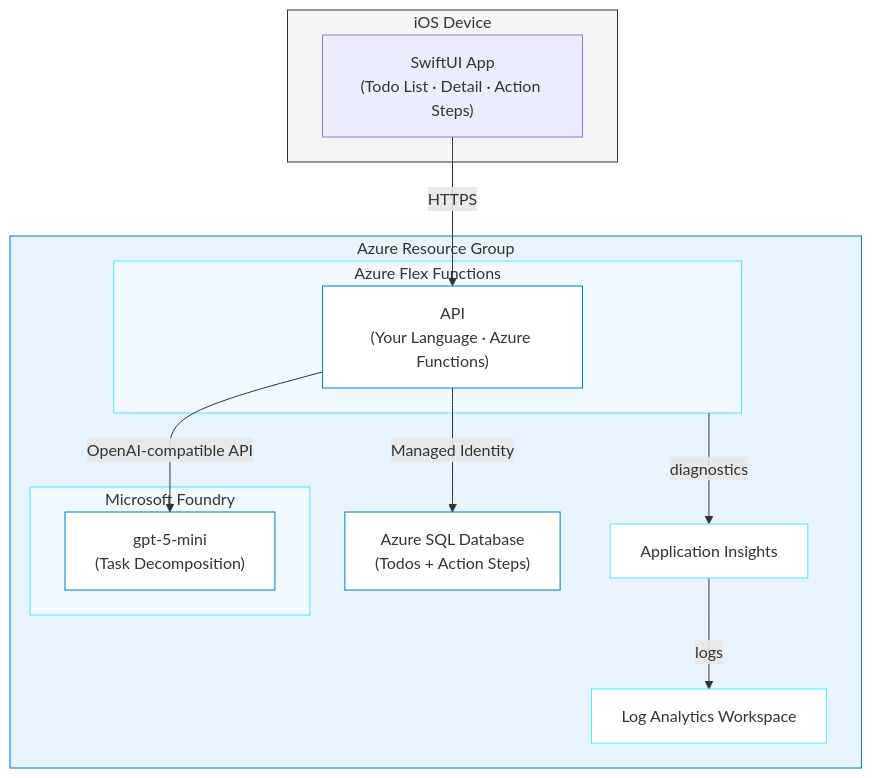
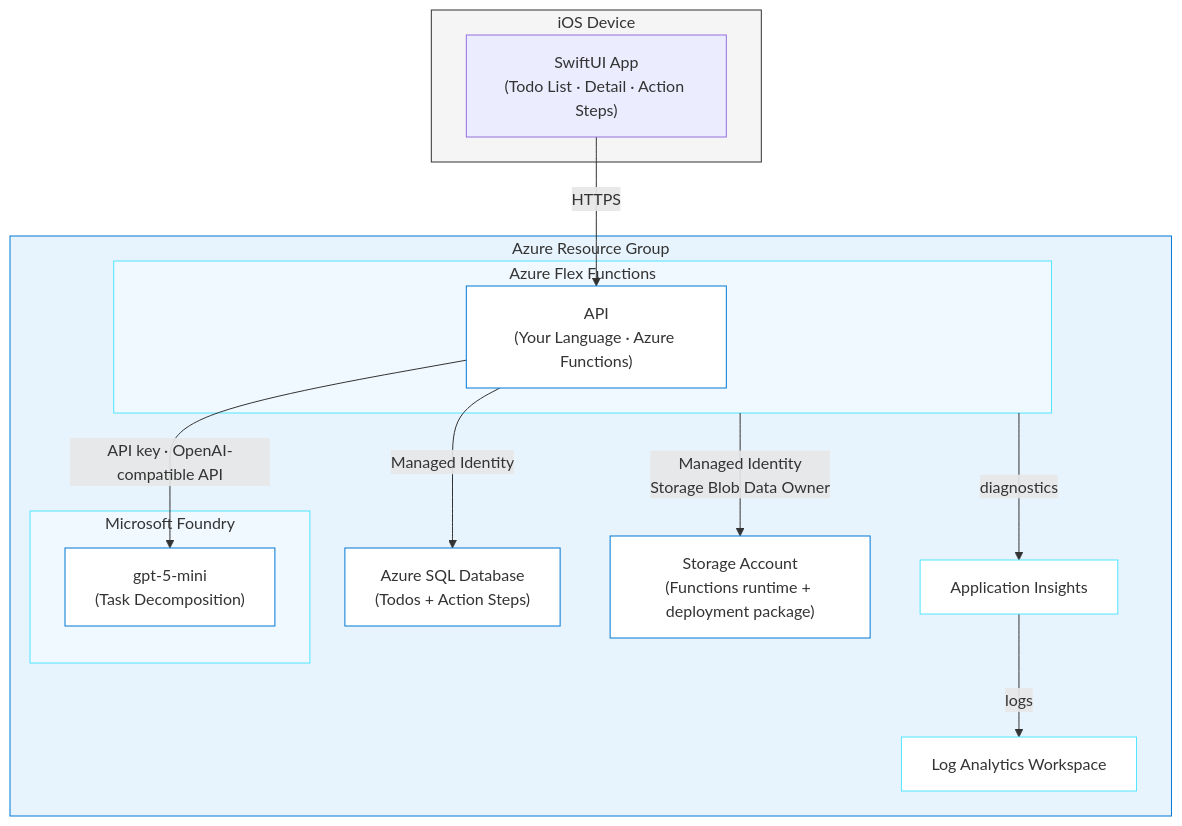
One commit to DanWahlin/github-azure-agentic-journeys changed the diagram in journeys/smart-todo/README.md. Above: the diagram before and after it, drawn with Mermaid. The commit also changed other lines of this file and 21 other files, not shown here.

````diff
--- a/journeys/smart-todo/README.md
+++ b/journeys/smart-todo/README.md
@@ -83,38 +83,42 @@
 ```mermaid
 graph TB
     subgraph Client["iOS Device"]
         APP["SwiftUI App<br/>(Todo List · Detail · Action Steps)"]
     end
 
     subgraph RG["Azure Resource Group"]
         LA["Log Analytics Workspace"]
 
         subgraph Functions["Azure Flex Functions"]
             API["API<br/>(Your Language · Azure Functions)"]
         end
 
         SQL["Azure SQL Database<br/>(Todos + Action Steps)"]
 
         subgraph Foundry["Microsoft Foundry"]
             GPT["gpt-5-mini<br/>(Task Decomposition)"]
         end
 
+        STOR["Storage Account<br/>(Functions runtime + deployment package)"]
+
         AI["Application Insights"]
     end
 
     APP -->|HTTPS| API
     API -->|Managed Identity| SQL
-    API -->|OpenAI-compatible API| GPT
+    API -->|API key · OpenAI-compatible API| GPT
+    Functions -->|Managed Identity<br/>Storage Blob Data Owner| STOR
     Functions -->|diagnostics| AI
     AI -->|logs| LA
 
     style Client fill:#f5f5f5,stroke:#333
     style RG fill:#e8f4fd,stroke:#0078D4
     style Functions fill:#f0f9ff,stroke:#50e6ff
     style API fill:#fff,stroke:#0078D4
     style SQL fill:#fff,stroke:#0078D4
     style Foundry fill:#f0f9ff,stroke:#50e6ff
     style GPT fill:#fff,stroke:#0078D4
+    style STOR fill:#fff,stroke:#0078D4
     style LA fill:#fff,stroke:#50e6ff
     style AI fill:#fff,stroke:#50e6ff
 ```
````
